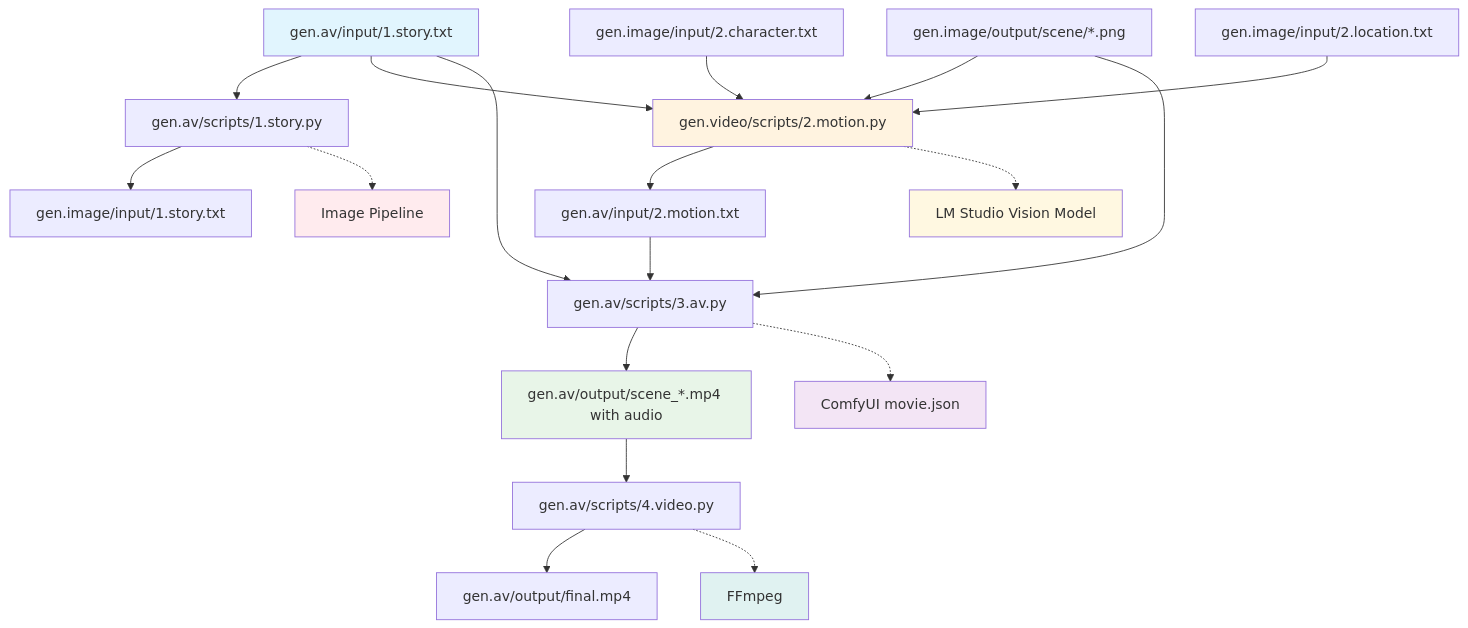
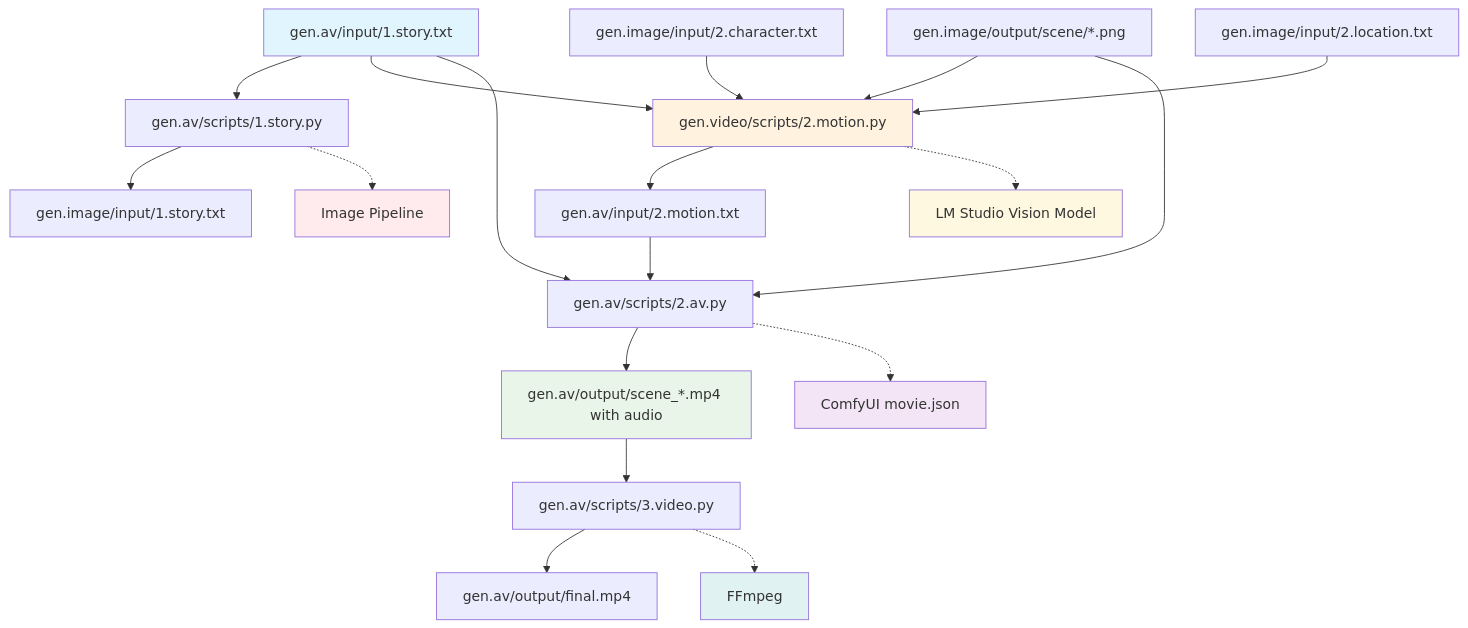
Before and after one commit to prskid1000/AI-Content-Pipelines: the fourth of 4 diagrams in README.md, drawn with Mermaid. The commit also changed other lines of this file and 8 other files, not shown here.

````diff
--- a/README.md
+++ b/README.md
@@ -1176,31 +1176,31 @@
 ```mermaid
 graph TD
     A[gen.av/input/1.story.txt] --> B[gen.av/scripts/1.story.py]
     B --> C[gen.image/input/1.story.txt]
     B -.-> D[Image Pipeline]
     
     A --> E[gen.video/scripts/2.motion.py]
     F[gen.image/output/scene/*.png] --> E
     L[gen.image/input/2.character.txt] --> E
     K[gen.image/input/2.location.txt] --> E
     E --> G[gen.av/input/2.motion.txt]
     E -.-> H[LM Studio Vision Model]
     
-    A --> I[gen.av/scripts/3.av.py]
+    A --> I[gen.av/scripts/2.av.py]
     F --> I
     G --> I
     I --> L2[gen.av/output/scene_*.mp4 with audio]
     I -.-> M[ComfyUI movie.json]
     
-    L2 --> N[gen.av/scripts/4.video.py]
+    L2 --> N[gen.av/scripts/3.video.py]
     N --> O[gen.av/output/final.mp4]
     N -.-> P[FFmpeg]
     
     style A fill:#e1f5fe
     style H fill:#fff8e1
     style M fill:#f3e5f5
     style P fill:#e0f2f1
     style D fill:#ffebee
     style L2 fill:#e8f5e8
     style E fill:#fff3e0
 ```
````
